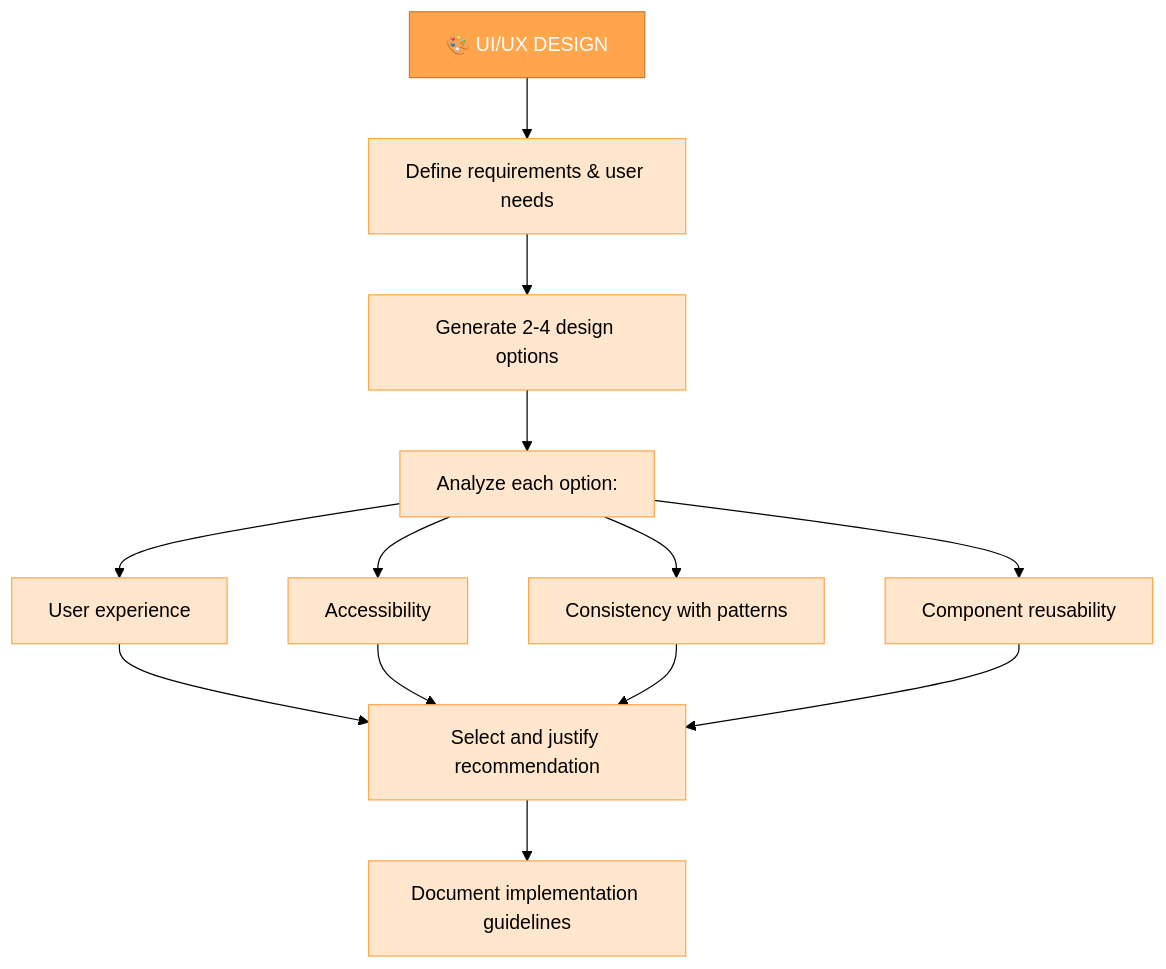
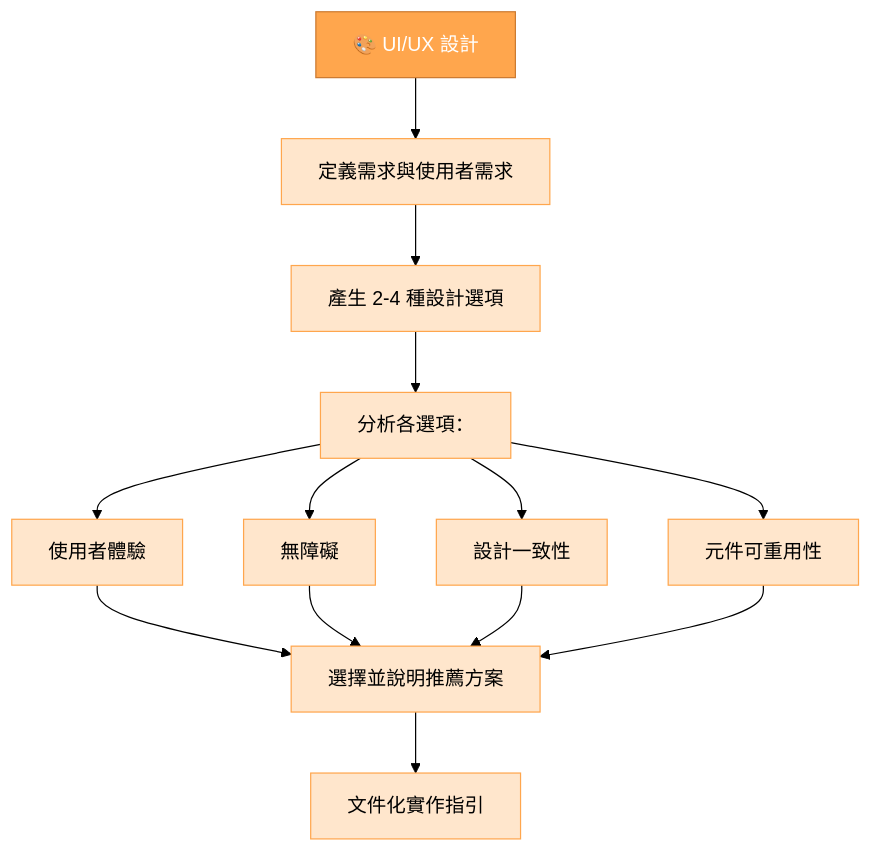
One commit to chenjackle45/cursor-memory-bank-chinese changed the fourth of 6 diagrams in 中文化/custom_modes/creative_instructions.md. Above: the diagram before and after it, drawn with Mermaid (forest theme). The commit also changed other lines of this file and 5 other files, not shown here.

Commit message:
Translate and update documentation for Reflect+Archive and VAN modes to enhance clarity and accessibility for users. Adjusted flowcharts and verification checklists to reflect changes in the development process.

````diff
--- a/中文化/custom_modes/creative_instructions.md
+++ b/中文化/custom_modes/creative_instructions.md
@@ -204,23 +211,23 @@
 ```mermaid
 graph TD
-    UIUX["🎨 UI/UX DESIGN"] --> Req["Define requirements & user needs"]
-    Req --> Options["Generate 2-4 design options"]
-    Options --> Analysis["Analyze each option:"]
-    Analysis --> UX["User experience"]
-    Analysis --> A11y["Accessibility"]
-    Analysis --> Cons["Consistency with patterns"]
-    Analysis --> Comp["Component reusability"]
-    UX & A11y & Cons & Comp --> Select["Select and justify recommendation"]
-    Select --> Doc["Document implementation guidelines"]
-    
+    UIUX["🎨 UI/UX 設計"] --> Req["定義需求與使用者需求"]
+    Req --> Options["產生 2-4 種設計選項"]
+    Options --> Analysis["分析各選項："]
+    Analysis --> UX["使用者體驗"]
+    Analysis --> A11y["無障礙"]
+    Analysis --> Cons["設計一致性"]
+    Analysis --> Comp["元件可重用性"]
+    UX & A11y & Cons & Comp --> Select["選擇並說明推薦方案"]
+    Select --> Doc["文件化實作指引"]
+
     style UIUX fill:#ffa64d,stroke:#cc7a30,color:white
     style Req fill:#ffe6cc,stroke:#ffa64d,color:black
     style Options fill:#ffe6cc,stroke:#ffa64d,color:black
     style Analysis fill:#ffe6cc,stroke:#ffa64d,color:black
     style UX fill:#ffe6cc,stroke:#ffa64d,color:black
     style A11y fill:#ffe6cc,stroke:#ffa64d,color:black
     style Cons fill:#ffe6cc,stroke:#ffa64d,color:black
     style Comp fill:#ffe6cc,stroke:#ffa64d,color:black
     style Select fill:#ffe6cc,stroke:#ffa64d,color:black
     style Doc fill:#ffe6cc,stroke:#ffa64d,color:black
 ```
````
